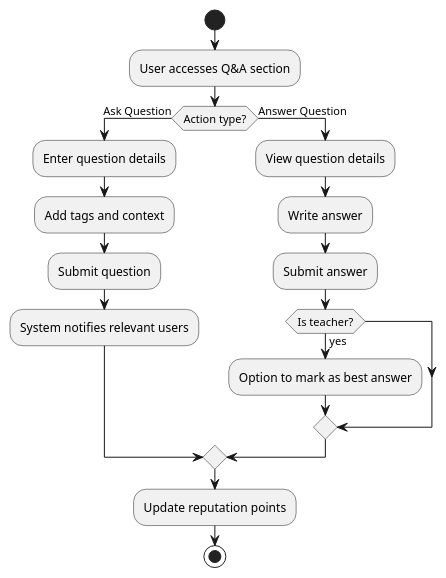
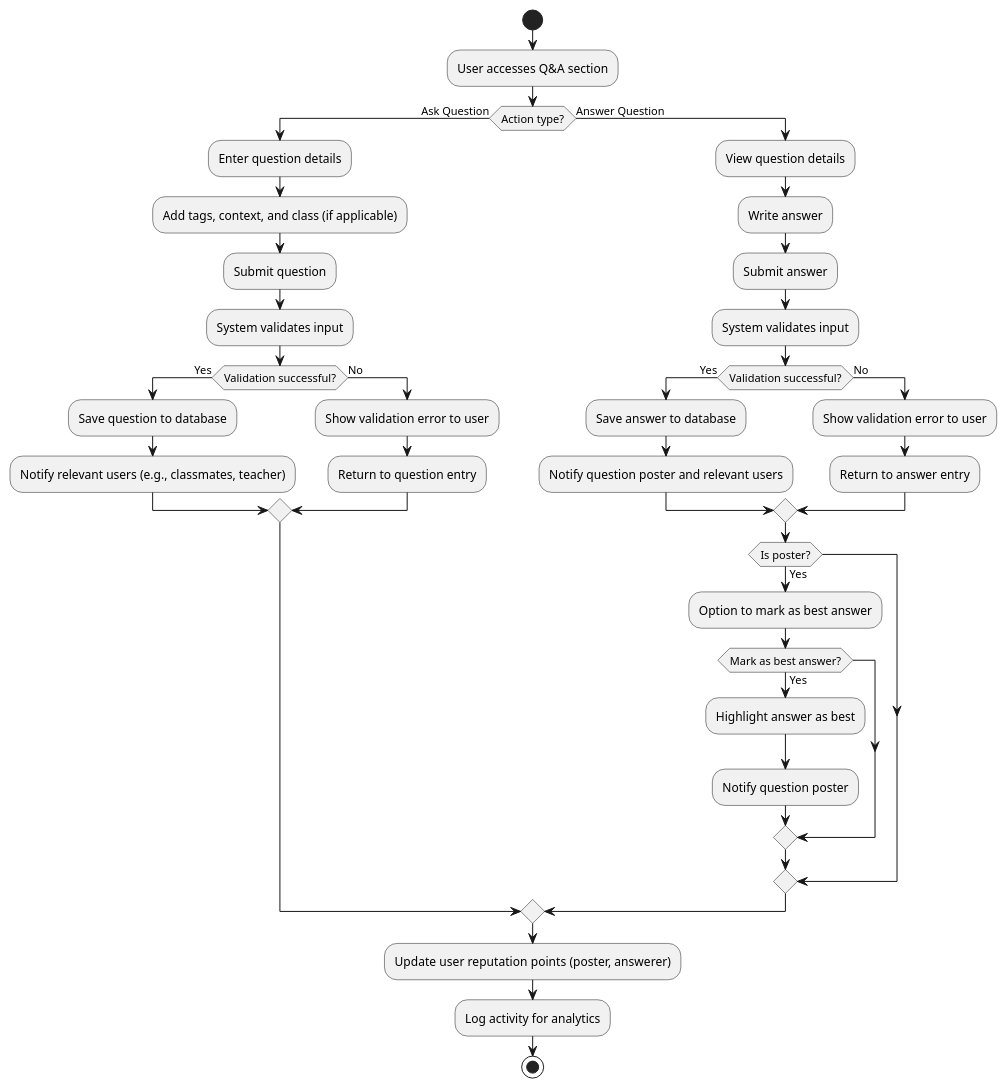
The diagram in projects/jamc/design/diagrams/qa-participation-activity-diagram.puml (alexajuno/notes), drawn with PlantUML before and after one commit. The commit also changed 105 other files, not shown here.

```diff
--- a/projects/jamc/design/diagrams/qa-participation-activity-diagram.puml
+++ b/projects/jamc/design/diagrams/qa-participation-activity-diagram.puml
@@ -1,23 +1,43 @@
 @startuml qa-participation-activity-diagram
 
 start
 :User accesses Q&A section;
 
 if (Action type?) then (Ask Question)
     :Enter question details;
-    :Add tags and context;
+    :Add tags, context, and class (if applicable);
     :Submit question;
-    :System notifies relevant users;
+    :System validates input;
+    if (Validation successful?) then (Yes)
+        :Save question to database;
+        :Notify relevant users (e.g., classmates, teacher);
+    else (No)
+        :Show validation error to user;
+        :Return to question entry;
+    endif
 else (Answer Question)
     :View question details;
     :Write answer;
     :Submit answer;
-    if (Is teacher?) then (yes)
+    :System validates input;
+    if (Validation successful?) then (Yes)
+        :Save answer to database;
+        :Notify question poster and relevant users;
+    else (No)
+        :Show validation error to user;
+        :Return to answer entry;
+    endif
+    if (Is poster?) then (Yes)
         :Option to mark as best answer;
+        if (Mark as best answer?) then (Yes)
+            :Highlight answer as best;
+            :Notify question poster;
+        endif
     endif
 endif
 
-:Update reputation points;
+:Update user reputation points (poster, answerer);
+:Log activity for analytics;
 stop
 
 @enduml
```
